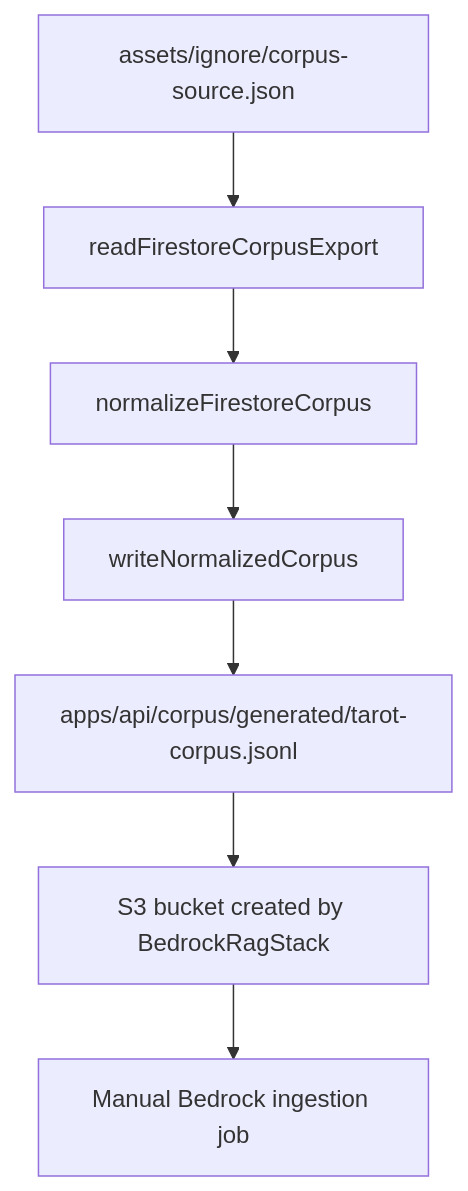
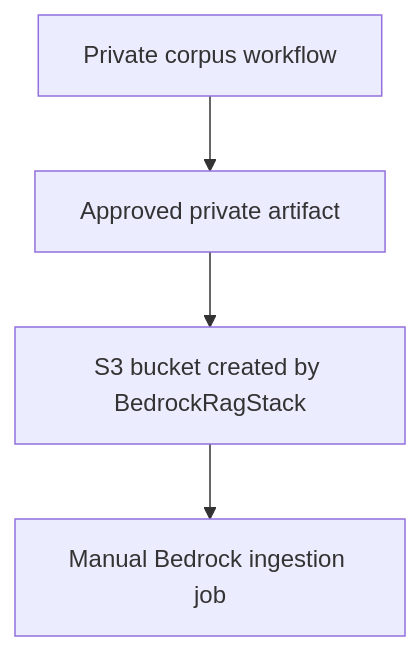
Before and after one commit to ava-collins/simple-tarot: the second of 2 diagrams in .agents/bedrock-rag-api-reference.md, drawn with Mermaid. The commit also changed other lines of this file and 16 other files, not shown here.

````diff
--- a/.agents/bedrock-rag-api-reference.md
+++ b/.agents/bedrock-rag-api-reference.md
@@ -140,17 +139,11 @@
 ```mermaid
 flowchart TB
-    Source["assets/ignore/corpus-source.json"]
-    Reader["readFirestoreCorpusExport"]
-    Normalizer["normalizeFirestoreCorpus"]
-    Writer["writeNormalizedCorpus"]
-    Output["apps/api/corpus/generated/tarot-corpus.jsonl"]
+    Owner["Private corpus workflow"]
+    Artifact["Approved private artifact"]
     S3["S3 bucket created by BedrockRagStack"]
     Sync["Manual Bedrock ingestion job"]
 
-    Source --> Reader
-    Reader --> Normalizer
-    Normalizer --> Writer
-    Writer --> Output
-    Output --> S3
+    Owner --> Artifact
+    Artifact --> S3
     S3 --> Sync
 ```
````
